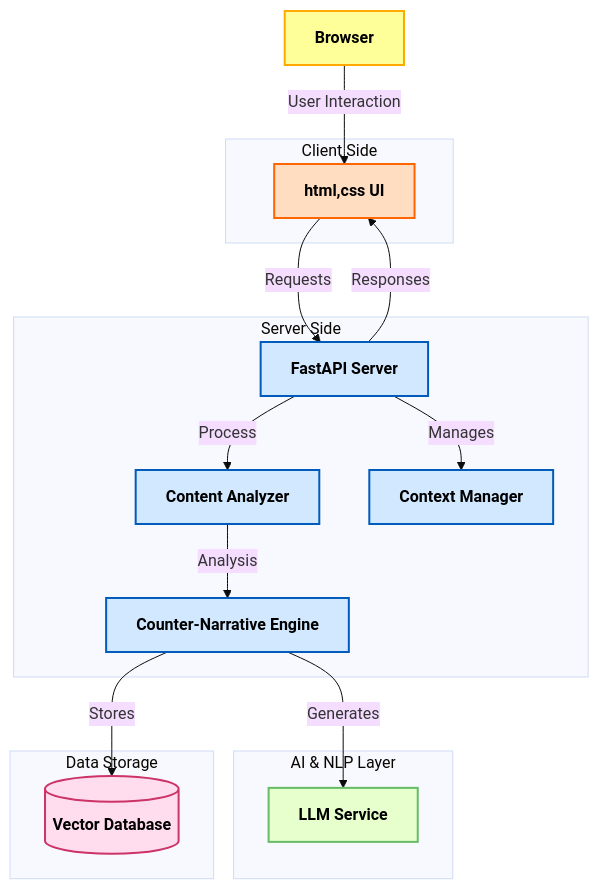
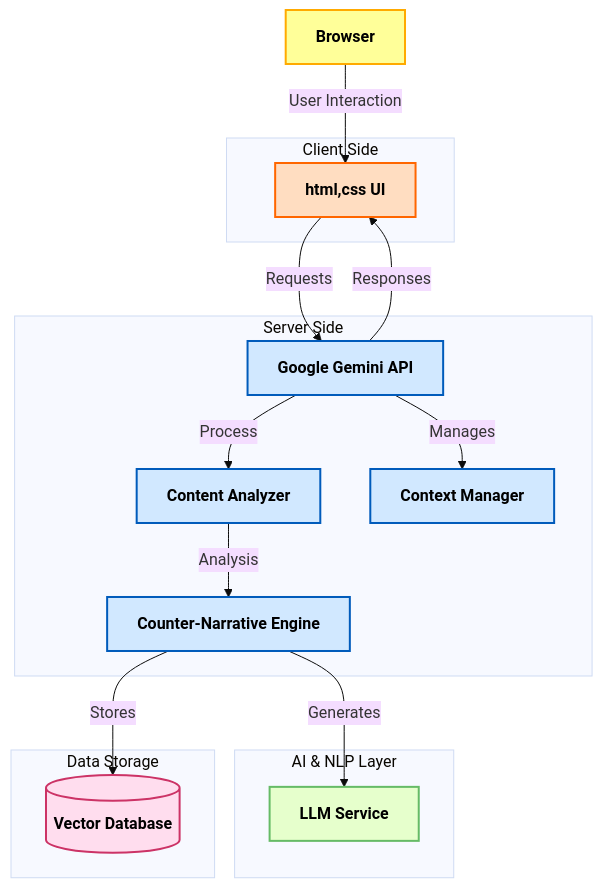
Before and after one commit to Akash22-cyber/Alpha01_Machinelearning_NewsShield: the second of 2 diagrams in README.md, drawn with Mermaid (base theme).

````diff
--- a/README.md
+++ b/README.md
@@ -171,43 +171,43 @@
 ```mermaid
 graph TB
     %% Define Subgraphs with Colors and Text Styles
     subgraph Client Side
         style UI fill:#FFDDC1,stroke:#FF6600,stroke-width:2px,color:#000,font-weight:bold
         UI[html,css UI]
     end
 
     subgraph Server Side
         style API fill:#D1E8FF,stroke:#005BBB,stroke-width:2px,color:#000,font-weight:bold
         style Analyzer fill:#D1E8FF,stroke:#005BBB,stroke-width:2px,color:#000,font-weight:bold
         style CNEngine fill:#D1E8FF,stroke:#005BBB,stroke-width:2px,color:#000,font-weight:bold
         style Context fill:#D1E8FF,stroke:#005BBB,stroke-width:2px,color:#000,font-weight:bold
-        API[FastAPI Server]
+        API[Google Gemini API]
         Analyzer[Content Analyzer]
         CNEngine[Counter-Narrative Engine]
         Context[Context Manager]
 
     end
 
     subgraph AI & NLP Layer
         style LLM fill:#E6FFCC,stroke:#66BB66,stroke-width:2px,color:#000,font-weight:bold
       
         LLM[LLM Service]
     end
 
     subgraph Data Storage
         style VectorDB fill:#FFDDEE,stroke:#CC3366,stroke-width:2px,color:#000,font-weight:bold
         VectorDB[(Vector Database)]
     end
 
     %% Define Connections with Labels
     style Browser fill:#FFFF99,stroke:#FFAA00,stroke-width:2px,color:#000,font-weight:bold
     Browser -->|User Interaction| UI
     UI -->|Requests| API
     API -->|Process| Analyzer
     Analyzer -->|Analysis| CNEngine
     CNEngine -->|Generates| LLM
     API -->|Manages| Context
     CNEngine -->|Stores| VectorDB
     API -->|Responses| UI
 
 ```
````
